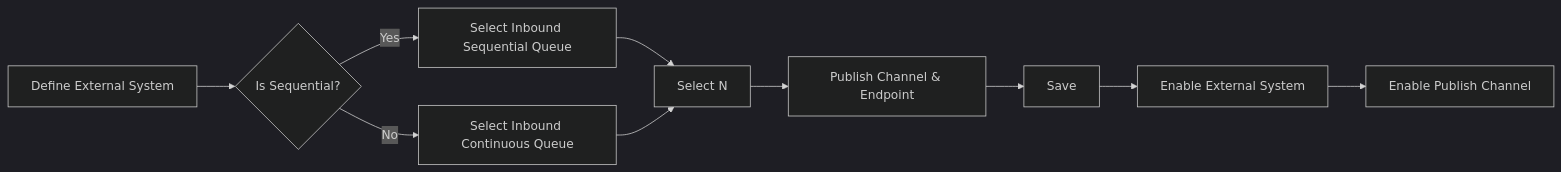
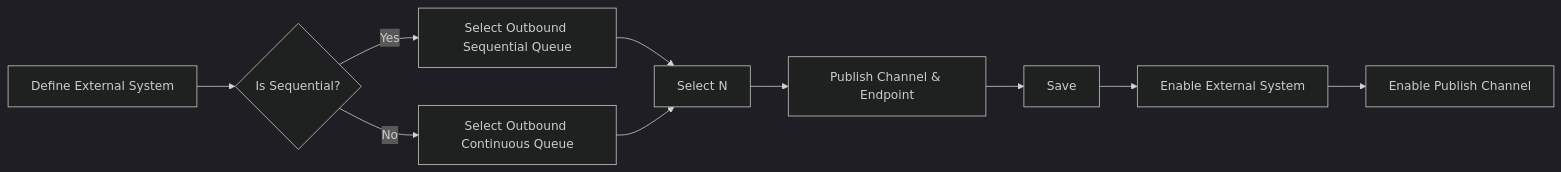
One commit to codersyacht/maximo-knowledge-center changed the first of 2 diagrams in maximo/docs/integration/external-systems.md. Above: the diagram before and after it, drawn with Mermaid (dark theme).

Commit message:
external-systems

````diff
--- a/maximo/docs/integration/external-systems.md
+++ b/maximo/docs/integration/external-systems.md
@@ -27,12 +27,12 @@
 ```mermaid
 graph LR
 A[Define External System] --> B{Is Sequential?}
-B --> |Yes| C[Select Inbound Sequential Queue]
-B --> |No| D[Select Inbound Continuous Queue]
+B --> |Yes| C[Select Outbound Sequential Queue]
+B --> |No| D[Select Outbound Continuous Queue]
 C --> E[Select N]
 D --> E
 E --> F[Publish Channel & Endpoint]
 F --> G[Save]
 G --> H[Enable External System]
 H --> I[Enable Publish Channel]
 ```
````
